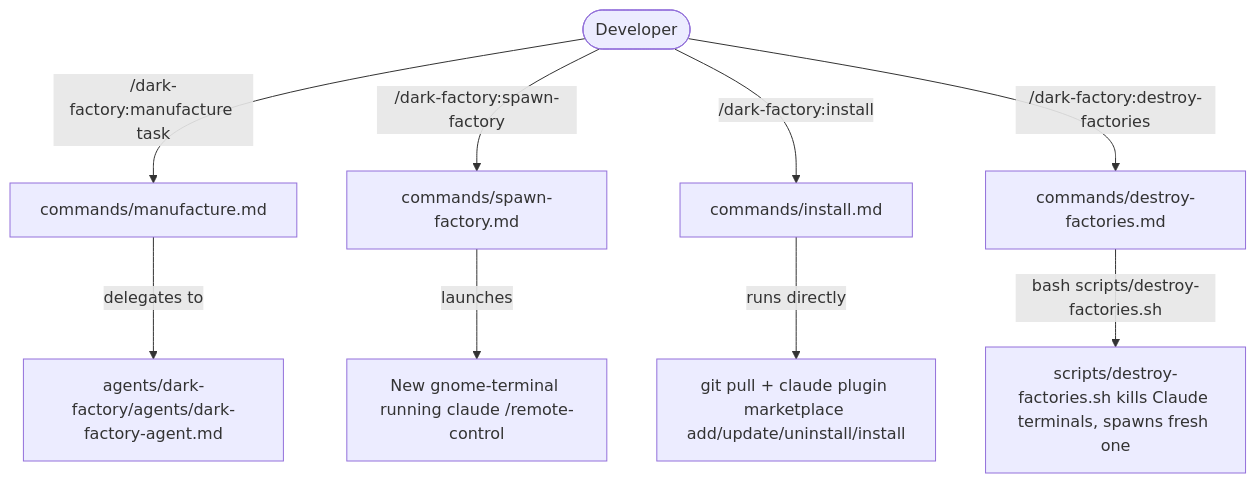
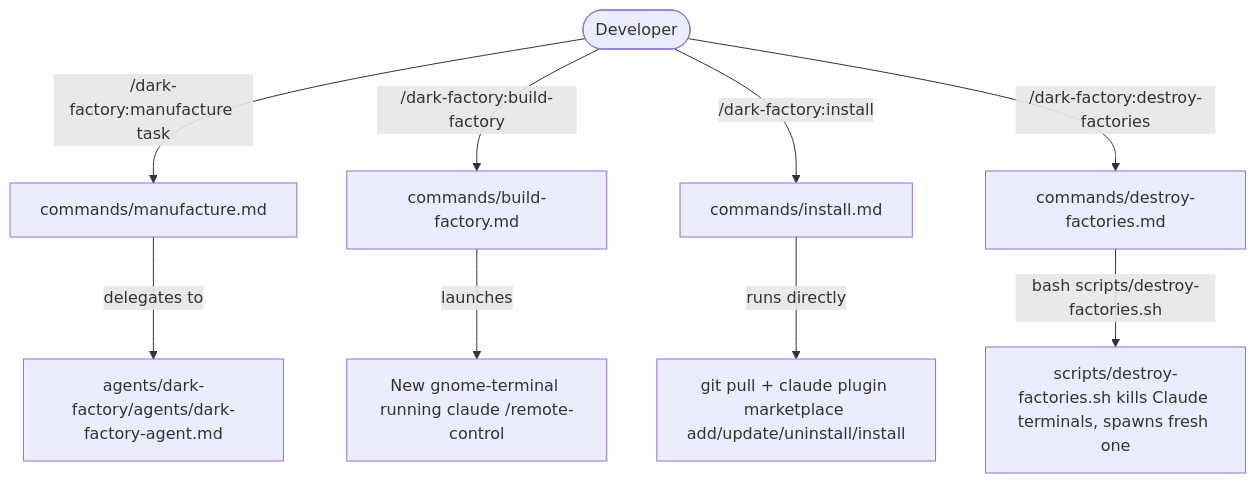
The diagram in docs/docs/commands.md (lewibs/dark-factory), drawn with Mermaid before and after one commit. The commit also changed other lines of this file and 2 other files, not shown here.

Commit message:
rename spawn-factory command to build-factory

````diff
--- a/docs/docs/commands.md
+++ b/docs/docs/commands.md
@@ -18,12 +18,12 @@
 ```mermaid
 flowchart TD
   Dev([Developer]) -->|/dark-factory:manufacture task| CMD_M[commands/manufacture.md]
-  Dev -->|/dark-factory:spawn-factory| CMD_S[commands/spawn-factory.md]
+  Dev -->|/dark-factory:build-factory| CMD_S[commands/build-factory.md]
   Dev -->|/dark-factory:install| CMD_I[commands/install.md]
   Dev -->|/dark-factory:destroy-factories| CMD_D[commands/destroy-factories.md]
 
   CMD_M -->|delegates to| DFA[agents/dark-factory/agents/dark-factory-agent.md]
   CMD_S -->|launches| TERM[New gnome-terminal running claude /remote-control]
   CMD_I -->|runs directly| GIT[git pull + claude plugin marketplace add/update/uninstall/install]
   CMD_D -->|bash scripts/destroy-factories.sh| DS[scripts/destroy-factories.sh kills Claude terminals, spawns fresh one]
 ```
````
